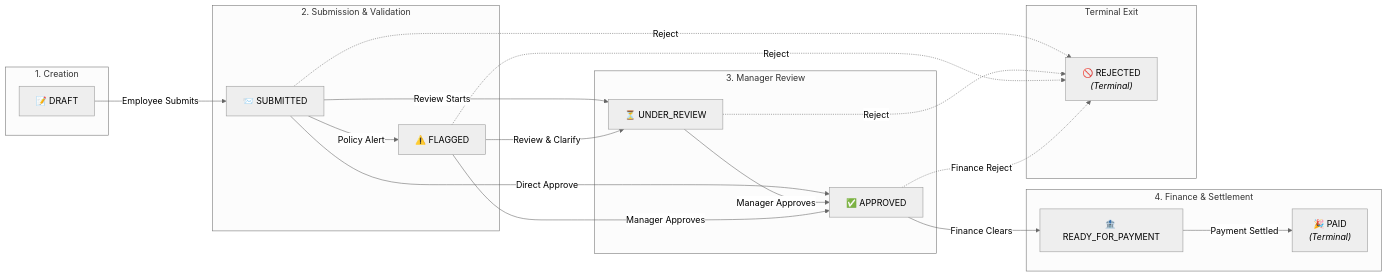
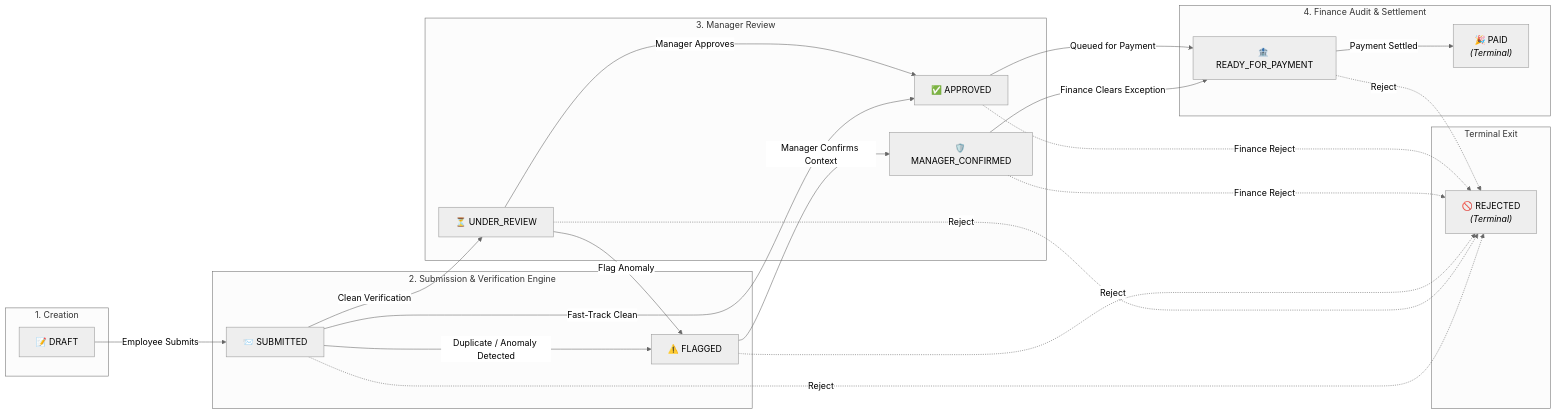
The second of 2 diagrams in database.md (Vickey21299/Expense-Claims), drawn with Mermaid (neutral theme) before and after one commit. The commit also changed other lines of this file, not shown here.

Commit message:
Update ERD diagram and database documentation with OCR pipeline, verification tables, and manager actions

````diff
--- a/database.md
+++ b/database.md
@@ -197,45 +265,49 @@
 ```mermaid
 flowchart LR
     %% Pipeline Stages
     subgraph Stage1 ["1. Creation"]
         Draft["📝 DRAFT"]
     end
 
-    subgraph Stage2 ["2. Submission & Validation"]
+    subgraph Stage2 ["2. Submission & Verification Engine"]
         Submitted["📨 SUBMITTED"]
         Flagged["⚠️ FLAGGED"]
     end
 
     subgraph Stage3 ["3. Manager Review"]
         UnderReview["⏳ UNDER_REVIEW"]
         Approved["✅ APPROVED"]
+        ManagerConfirmed["🛡️ MANAGER_CONFIRMED"]
     end
 
-    subgraph Stage4 ["4. Finance & Settlement"]
+    subgraph Stage4 ["4. Finance Audit & Settlement"]
         Ready["🏦 READY_FOR_PAYMENT"]
         Paid["🎉 PAID<br/><i>(Terminal)</i>"]
     end
 
     subgraph Stage5 ["Terminal Exit"]
         Rejected["🚫 REJECTED<br/><i>(Terminal)</i>"]
     end
 
     %% Primary Progression Flow
     Draft -->|Employee Submits| Submitted
-    Submitted -->|Policy Alert| Flagged
-    Submitted -->|Review Starts| UnderReview
-    Flagged -->|Review & Clarify| UnderReview
+    Submitted -->|Clean Verification| UnderReview
+    Submitted -->|Duplicate / Anomaly Detected| Flagged
+    Submitted -->|Fast-Track Clean| Approved
     
-    Submitted -->|Direct Approve| Approved
     UnderReview -->|Manager Approves| Approved
-    Flagged -->|Manager Approves| Approved
-
-    Approved -->|Finance Clears| Ready
+    UnderReview -->|Flag Anomaly| Flagged
+    
+    Flagged -->|Manager Confirms Context| ManagerConfirmed
+    ManagerConfirmed -->|Finance Clears Exception| Ready
+    Approved -->|Queued for Payment| Ready
     Ready -->|Payment Settled| Paid
 
     %% Rejection Routes
     Submitted -.->|Reject| Rejected
     UnderReview -.->|Reject| Rejected
     Flagged -.->|Reject| Rejected
+    ManagerConfirmed -.->|Finance Reject| Rejected
     Approved -.->|Finance Reject| Rejected
+    Ready -.->|Reject| Rejected
 ```
````
